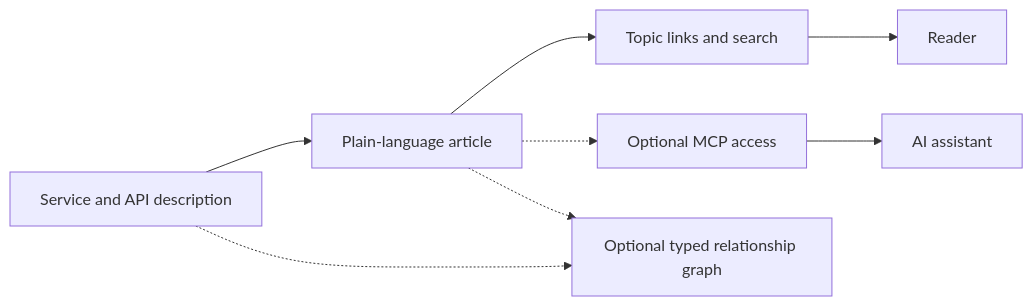
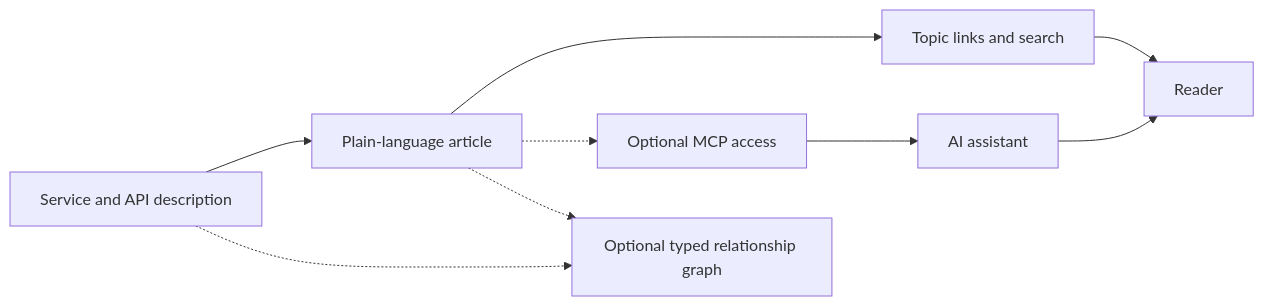
One commit to David-A18/MY-humble-knowledge-for-everyone changed the diagram in knowledge/ai/ai-tooling/knowledge-bases/knowledge-standards-landscape.md. Above: the diagram before and after it, drawn with Mermaid. The commit also changed other lines of this file and 7 other files, not shown here.

````diff
--- a/knowledge/ai/ai-tooling/knowledge-bases/knowledge-standards-landscape.md
+++ b/knowledge/ai/ai-tooling/knowledge-bases/knowledge-standards-landscape.md
@@ -116,10 +120,11 @@
 ```mermaid
 flowchart LR
   api["Service and API description"] --> article["Plain-language article"]
   article --> find["Topic links and search"]
   find --> reader["Reader"]
   article -.-> mcp["Optional MCP access"]
   mcp --> assistant["AI assistant"]
+  assistant --> reader
   api -.-> relationships["Optional typed relationship graph"]
   article -.-> relationships
 ```
````
